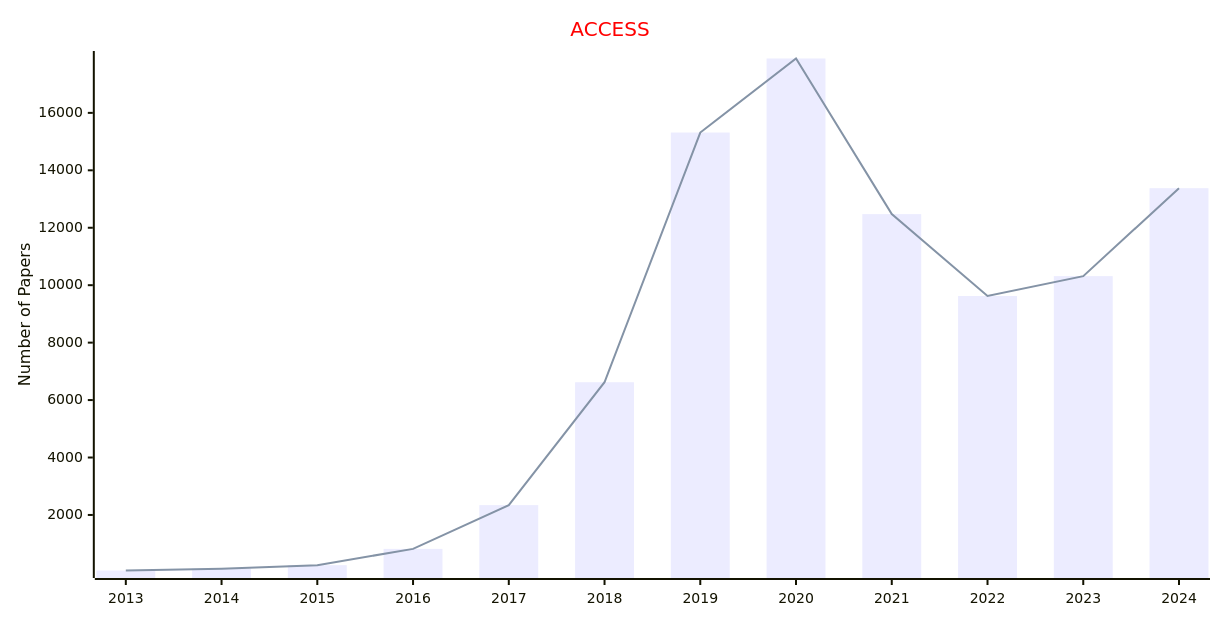
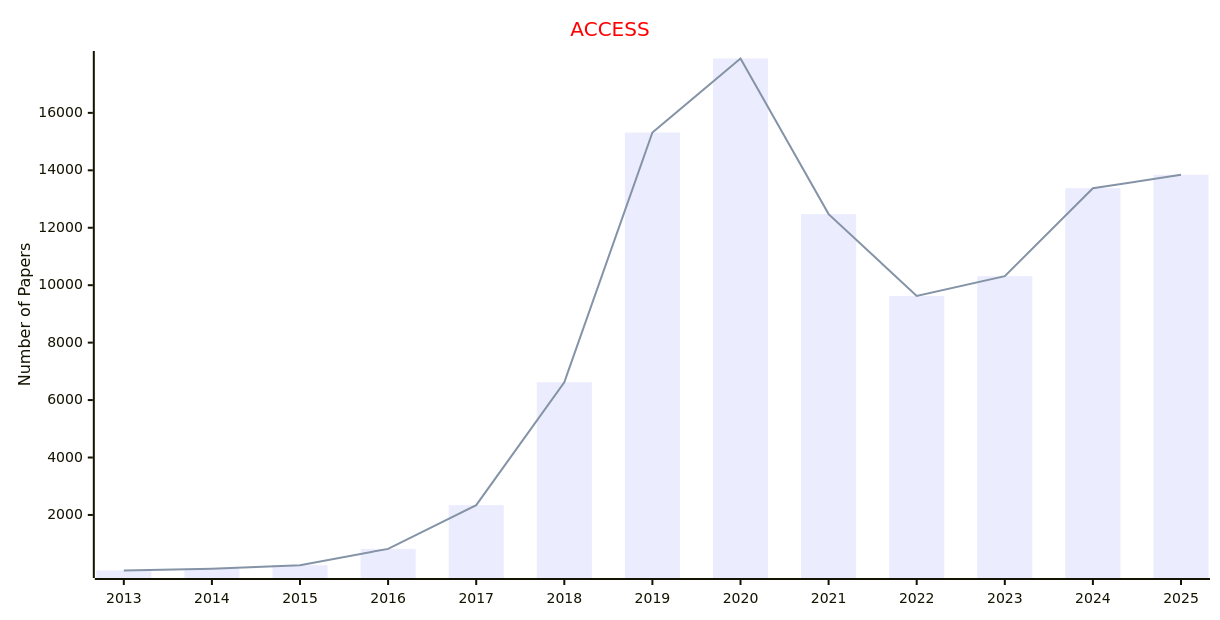
Before and after one commit to Easy-PhD/AILinks: the first of 52 diagrams in docs/data/Journals/Publishers_Journals/IEEE.md, drawn with Mermaid. The commit also changed other lines of this file and 107 other files, not shown here.

````diff
--- a/docs/data/Journals/Publishers_Journals/IEEE.md
+++ b/docs/data/Journals/Publishers_Journals/IEEE.md
@@ -11,17 +11,17 @@
 ```mermaid
 ---
 config:
     xyChart:
         width: 1200
         height: 600
     themeVariables:
         xyChart:
             titleColor: "#ff0000"
 ---
 xychart-beta
     title "ACCESS"
-    x-axis [2013, 2014, 2015, 2016, 2017, 2018, 2019, 2020, 2021, 2022, 2023, 2024]
+    x-axis [2013, 2014, 2015, 2016, 2017, 2018, 2019, 2020, 2021, 2022, 2023, 2024, 2025]
     y-axis "Number of Papers"
-    bar [66, 129, 251, 819, 2342, 6621, 15315, 17893, 12475, 9625, 10315, 13377]
-    line [66, 129, 251, 819, 2342, 6621, 15315, 17893, 12475, 9625, 10315, 13377]
+    bar [66, 129, 251, 819, 2342, 6621, 15315, 17893, 12475, 9625, 10315, 13377, 13844]
+    line [66, 129, 251, 819, 2342, 6621, 15315, 17893, 12475, 9625, 10315, 13377, 13844]
 ```
````
